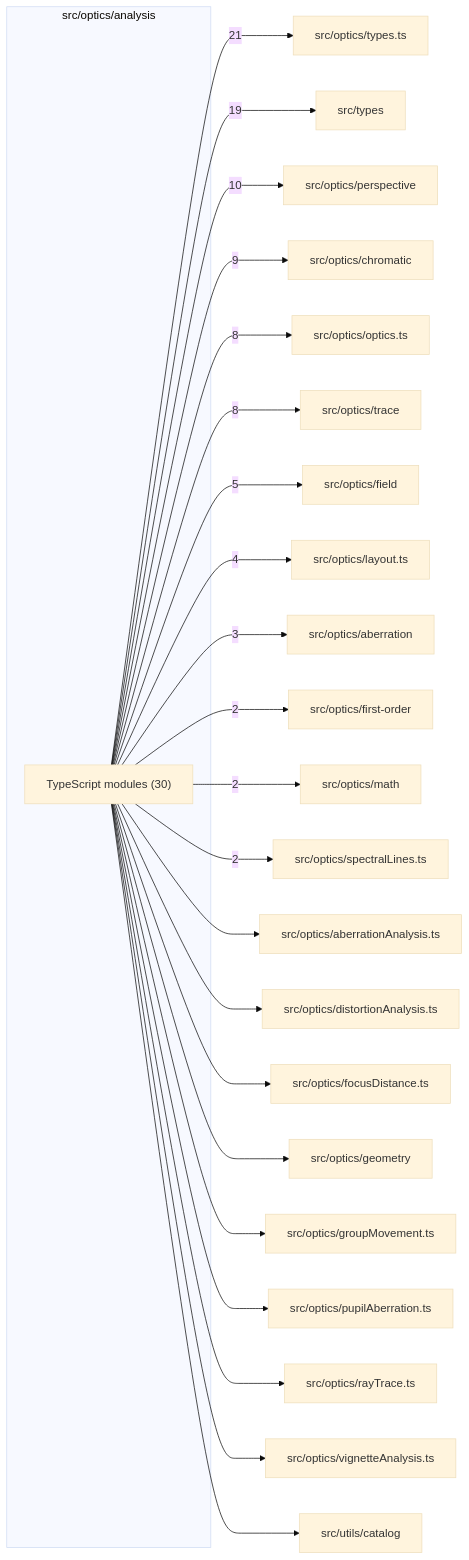
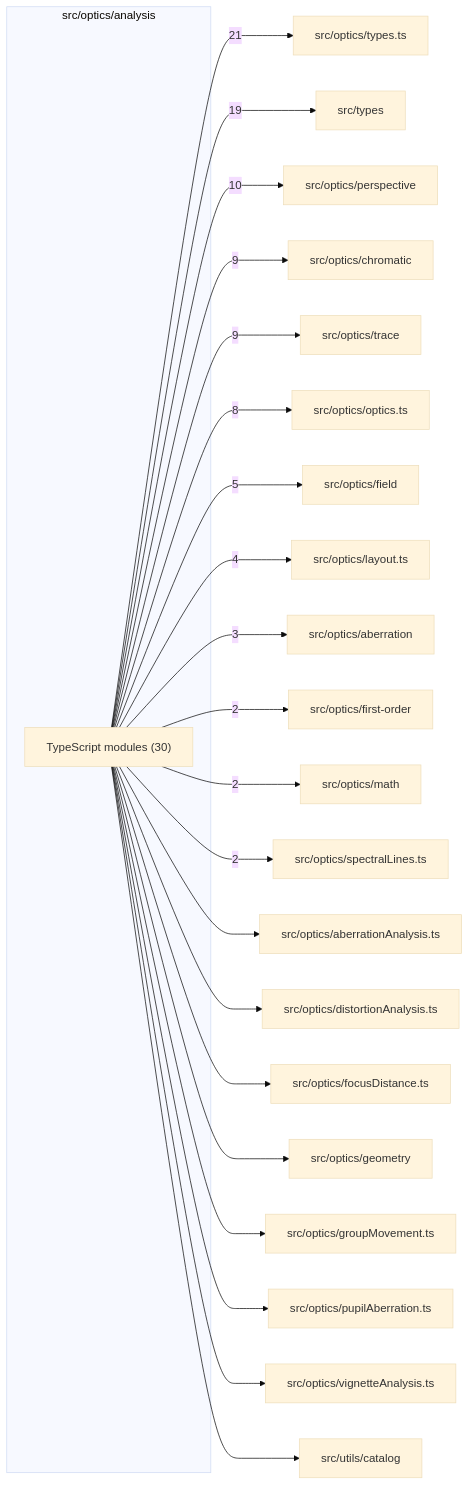
The diagram in src/optics/analysis/readme.md (ronbuening/LensVisualizer), drawn with Mermaid (base theme) before and after one commit. The commit also changed other lines of this file and 21 other files, not shown here.

````diff
--- a/src/optics/analysis/readme.md
+++ b/src/optics/analysis/readme.md
@@ -9,48 +9,46 @@
 ```mermaid
 flowchart LR
   subgraph n_src_optics_analysis["src/optics/analysis"]
     n_src_optics_analysis_TypeScript_modules["TypeScript modules (30)"]
   end
   n_external_src_optics_types_ts["src/optics/types.ts"]
   n_external_src_types["src/types"]
   n_external_src_optics_perspective["src/optics/perspective"]
   n_external_src_optics_chromatic["src/optics/chromatic"]
+  n_external_src_optics_trace["src/optics/trace"]
   n_external_src_optics_optics_ts["src/optics/optics.ts"]
-  n_external_src_optics_trace["src/optics/trace"]
   n_external_src_optics_field["src/optics/field"]
   n_external_src_optics_layout_ts["src/optics/layout.ts"]
   n_external_src_optics_aberration["src/optics/aberration"]
   n_external_src_optics_first_order["src/optics/first-order"]
   n_external_src_optics_math["src/optics/math"]
   n_external_src_optics_spectralLines_ts["src/optics/spectralLines.ts"]
   n_external_src_optics_aberrationAnalysis_ts["src/optics/aberrationAnalysis.ts"]
   n_external_src_optics_distortionAnalysis_ts["src/optics/distortionAnalysis.ts"]
   n_external_src_optics_focusDistance_ts["src/optics/focusDistance.ts"]
   n_external_src_optics_geometry["src/optics/geometry"]
   n_external_src_optics_groupMovement_ts["src/optics/groupMovement.ts"]
   n_external_src_optics_pupilAberration_ts["src/optics/pupilAberration.ts"]
-  n_external_src_optics_rayTrace_ts["src/optics/rayTrace.ts"]
   n_external_src_optics_vignetteAnalysis_ts["src/optics/vignetteAnalysis.ts"]
   n_external_src_utils_catalog["src/utils/catalog"]
   n_src_optics_analysis_TypeScript_modules --> |21| n_external_src_optics_types_ts
   n_src_optics_analysis_TypeScript_modules --> |19| n_external_src_types
   n_src_optics_analysis_TypeScript_modules --> |10| n_external_src_optics_perspective
   n_src_optics_analysis_TypeScript_modules --> |9| n_external_src_optics_chromatic
+  n_src_optics_analysis_TypeScript_modules --> |9| n_external_src_optics_trace
   n_src_optics_analysis_TypeScript_modules --> |8| n_external_src_optics_optics_ts
-  n_src_optics_analysis_TypeScript_modules --> |8| n_external_src_optics_trace
   n_src_optics_analysis_TypeScript_modules --> |5| n_external_src_optics_field
   n_src_optics_analysis_TypeScript_modules --> |4| n_external_src_optics_layout_ts
   n_src_optics_analysis_TypeScript_modules --> |3| n_external_src_optics_aberration
   n_src_optics_analysis_TypeScript_modules --> |2| n_external_src_optics_first_order
   n_src_optics_analysis_TypeScript_modules --> |2| n_external_src_optics_math
   n_src_optics_analysis_TypeScript_modules --> |2| n_external_src_optics_spectralLines_ts
   n_src_optics_analysis_TypeScript_modules --> n_external_src_optics_aberrationAnalysis_ts
   n_src_optics_analysis_TypeScript_modules --> n_external_src_optics_distortionAnalysis_ts
   n_src_optics_analysis_TypeScript_modules --> n_external_src_optics_focusDistance_ts
   n_src_optics_analysis_TypeScript_modules --> n_external_src_optics_geometry
   n_src_optics_analysis_TypeScript_modules --> n_external_src_optics_groupMovement_ts
   n_src_optics_analysis_TypeScript_modules --> n_external_src_optics_pupilAberration_ts
-  n_src_optics_analysis_TypeScript_modules --> n_external_src_optics_rayTrace_ts
   n_src_optics_analysis_TypeScript_modules --> n_external_src_optics_vignetteAnalysis_ts
   n_src_optics_analysis_TypeScript_modules --> n_external_src_utils_catalog
 ```
````
